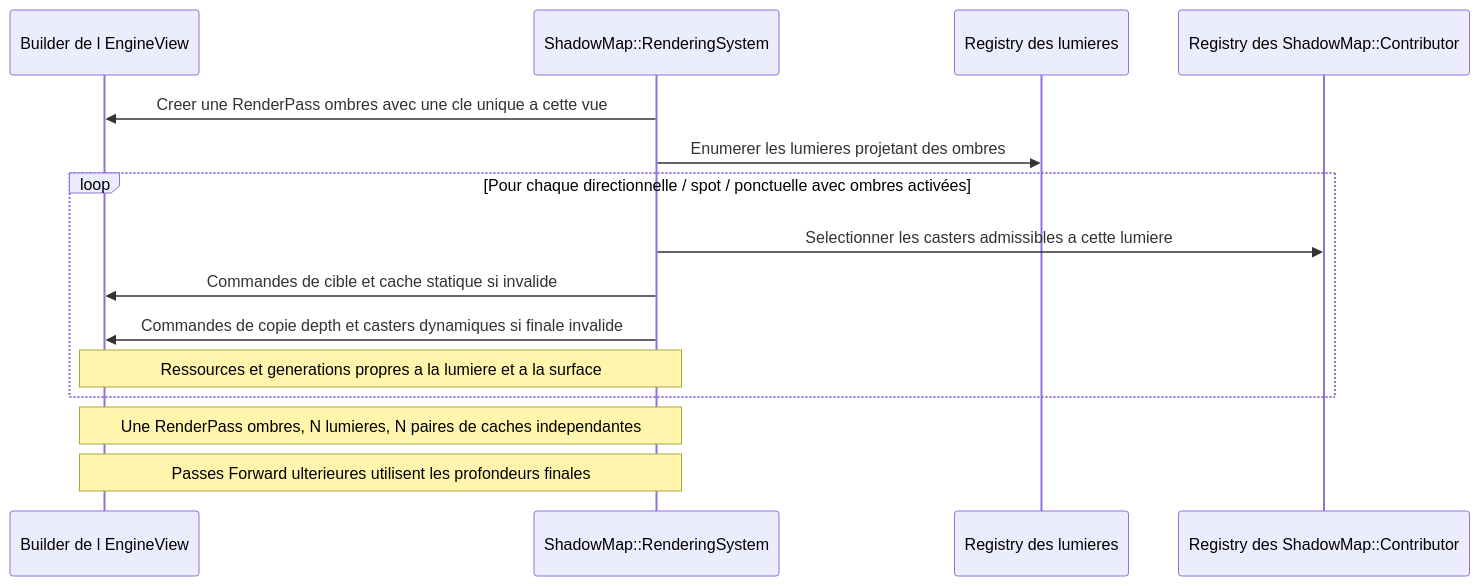
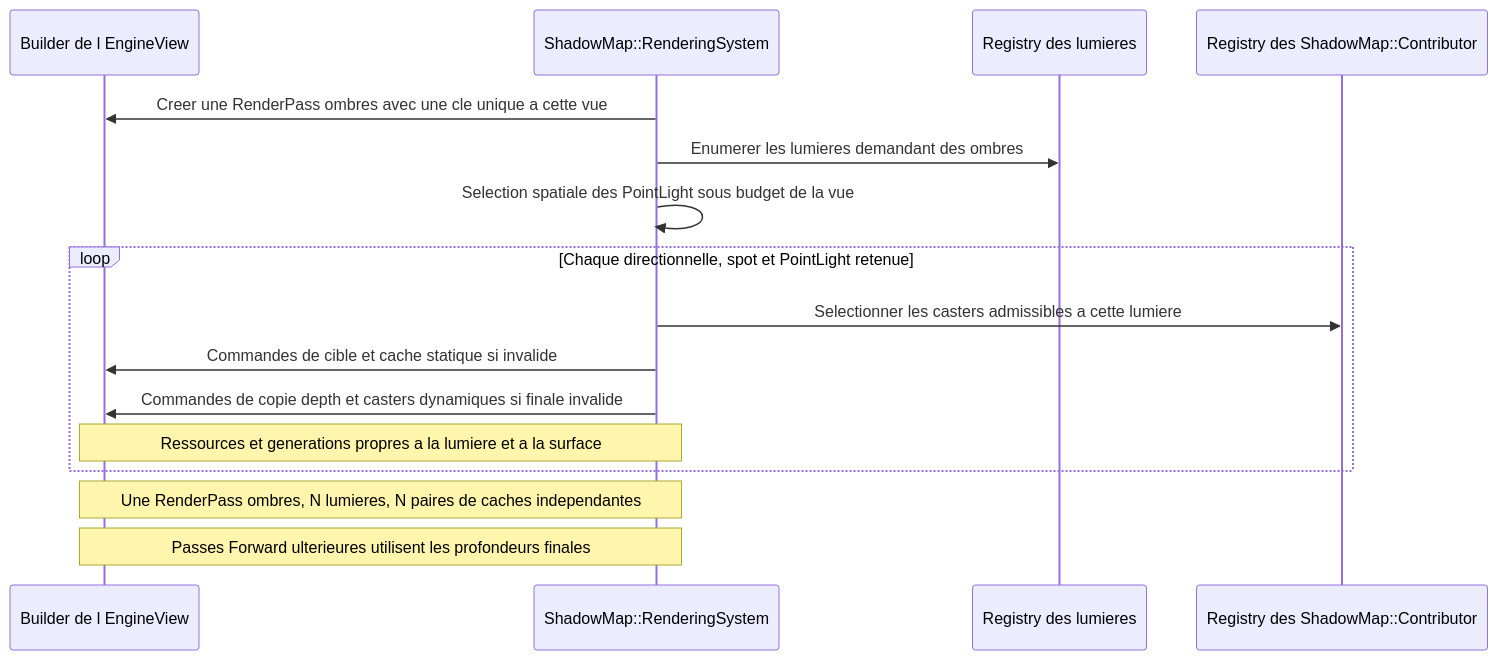
One commit to EreliaStudio/Sparkle changed the sixth of 18 diagrams in docs/voxel-engine-v0.1.4-specification.md. Above: the diagram before and after it, drawn with Mermaid. The commit also changed other lines of this file, not shown here.

Commit message:
docs(v0.1.4): define per-EngineView budget and spatial selection for point-light shadows

````diff
--- a/docs/voxel-engine-v0.1.4-specification.md
+++ b/docs/voxel-engine-v0.1.4-specification.md
@@ -601,17 +601,18 @@
 ```mermaid
 sequenceDiagram
     participant V as Builder de l EngineView
     participant S as ShadowMap::RenderingSystem
     participant L as Registry des lumieres
     participant C as Registry des ShadowMap::Contributor
     S->>V: Creer une RenderPass ombres avec une cle unique a cette vue
-    S->>L: Enumerer les lumieres projetant des ombres
-    loop Pour chaque directionnelle / spot / ponctuelle avec ombres activées
+    S->>L: Enumerer les lumieres demandant des ombres
+    S->>S: Selection spatiale des PointLight sous budget de la vue
+    loop Chaque directionnelle, spot et PointLight retenue
         S->>C: Selectionner les casters admissibles a cette lumiere
         S->>V: Commandes de cible et cache statique si invalide
         S->>V: Commandes de copie depth et casters dynamiques si finale invalide
         Note over S,V: Ressources et generations propres a la lumiere et a la surface
     end
     Note over V,S: Une RenderPass ombres, N lumieres, N paires de caches independantes
     Note over V,S: Passes Forward ulterieures utilisent les profondeurs finales
 ```
````
